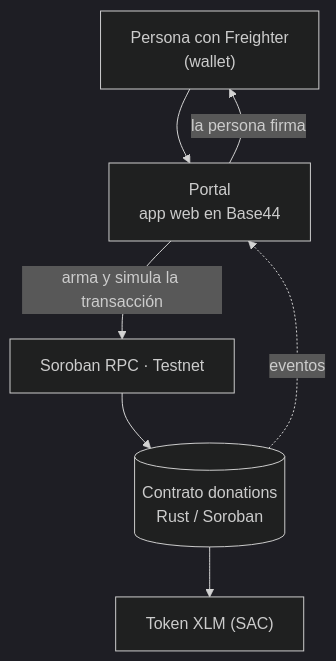
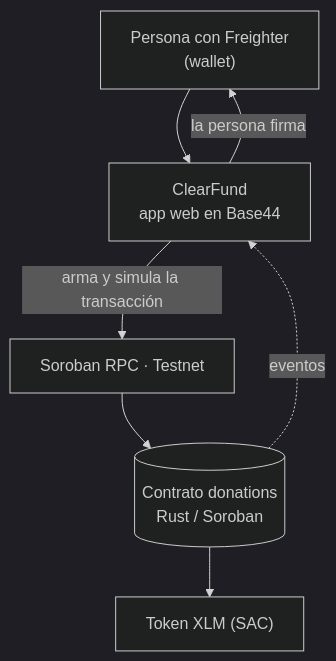
The third of 3 diagrams in README.md (SofiCandia/ClearFund), drawn with Mermaid (dark theme) before and after one commit. The commit also changed other lines of this file, not shown here.

Commit message:
Clarify photo storage location in README
Updated the README to clarify where photos are stored and their hash verification.

````diff
--- a/README.md
+++ b/README.md
@@ -98,9 +98,9 @@
 ```mermaid
 flowchart TB
-    U["Persona con Freighter<br/>(wallet)"] --> W["Portal<br/>app web en Base44"]
+    U["Persona con Freighter<br/>(wallet)"] --> W["ClearFund<br/>app web en Base44"]
     W -->|"arma y simula la transacción"| R["Soroban RPC · Testnet"]
     W -->|"la persona firma"| U
     R --> C[("Contrato donations<br/>Rust / Soroban")]
     C --> T["Token XLM (SAC)"]
     C -.->|"eventos"| W
 ```
````
